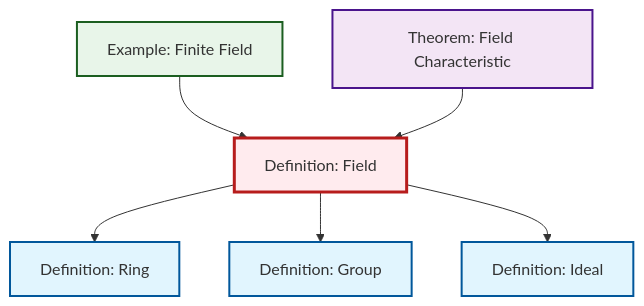
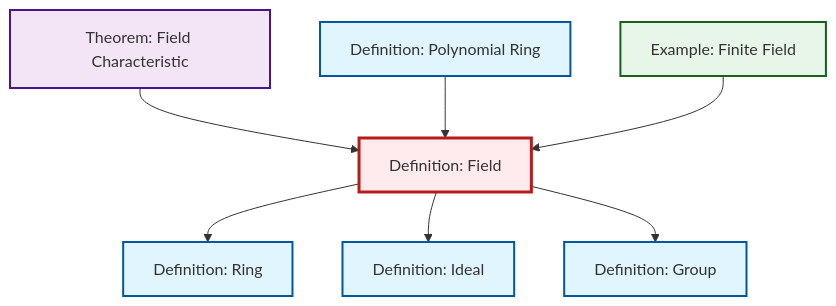
One commit to RK0429/ModernMath changed the diagram in content/en/algebra/def-field.qmd. Above: the diagram before and after it, drawn with Mermaid. The commit also changed 434 other files, not shown here.

First line of the commit message:
feat: Add polynomial ring definition with comprehensive cross-references

````diff
--- a/content/en/algebra/def-field.qmd
+++ b/content/en/algebra/def-field.qmd
@@ -53,26 +53,29 @@
 ```{mermaid}
 %%| fig-cap: "Local dependency graph"
 graph TD
     classDef definition fill:#e1f5fe,stroke:#01579b,stroke-width:2px
     classDef theorem fill:#f3e5f5,stroke:#4a148c,stroke-width:2px
     classDef axiom fill:#fff3e0,stroke:#e65100,stroke-width:2px
     classDef example fill:#e8f5e9,stroke:#1b5e20,stroke-width:2px
     classDef current fill:#ffebee,stroke:#b71c1c,stroke-width:3px
     ex-finite-field["Example: Finite Field"]:::example
+    def-ring["Definition: Ring"]:::definition
+    def-group["Definition: Group"]:::definition
     def-field["Definition: Field"]:::definition
     thm-field-characteristic["Theorem: Field Characteristic"]:::theorem
+    def-polynomial-ring["Definition: Polynomial Ring"]:::definition
     def-ideal["Definition: Ideal"]:::definition
-    def-group["Definition: Group"]:::definition
-    def-ring["Definition: Ring"]:::definition
     def-field --> def-ring
+    thm-field-characteristic --> def-field
+    def-polynomial-ring --> def-field
+    def-field --> def-ideal
     ex-finite-field --> def-field
     def-field --> def-group
-    def-field --> def-ideal
-    thm-field-characteristic --> def-field
     class def-field current
     click ex-finite-field "ex-finite-field.html" "Go to Finite Field example"
+    click def-ring "def-ring.html" "Go to Ring definition"
+    click def-group "def-group.html" "Go to Group definition"
     click thm-field-characteristic "thm-field-characteristic.html" "Go to Field Characteristic theorem"
+    click def-polynomial-ring "def-polynomial-ring.html" "Go to Polynomial Ring definition"
     click def-ideal "def-ideal.html" "Go to Ideal definition"
-    click def-group "def-group.html" "Go to Group definition"
-    click def-ring "def-ring.html" "Go to Ring definition"
 ```
````
